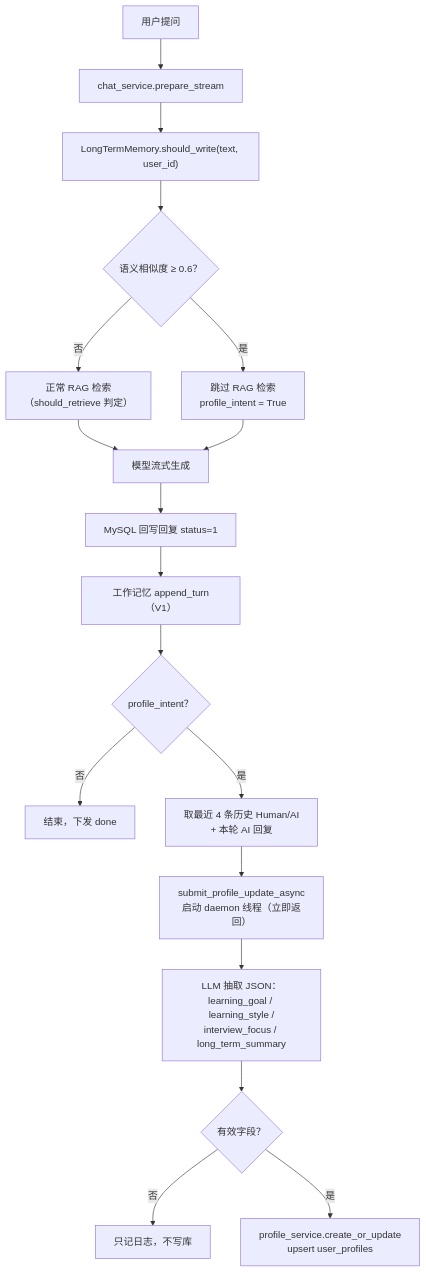
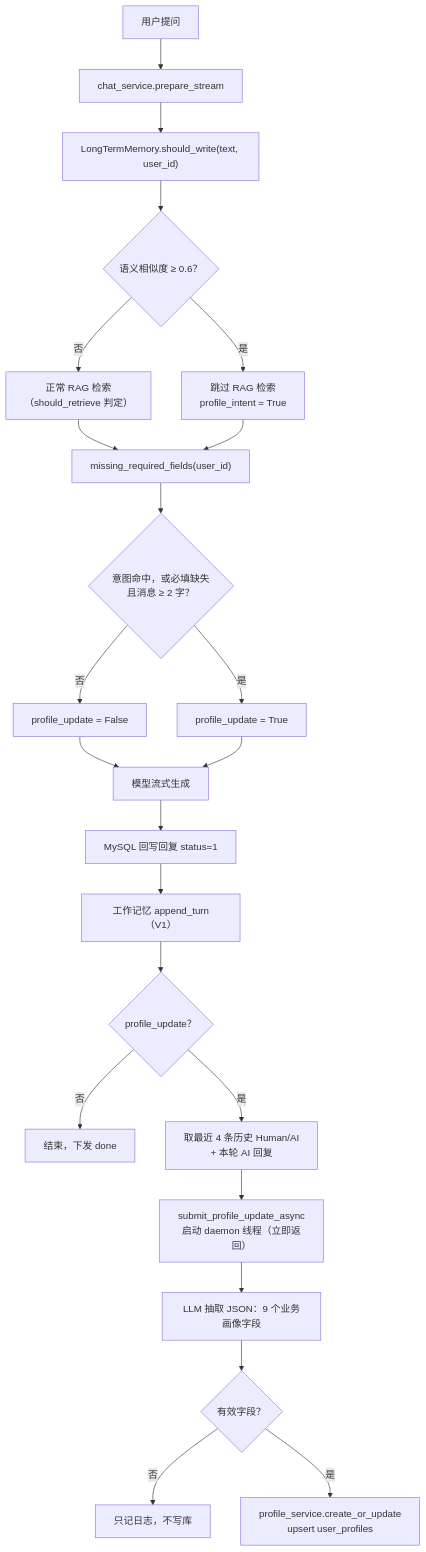
One commit to jiayinjiang-pistachio/study-pass-ai changed the second of 3 diagrams in agent-backend/docs/memory-system-v2.md. Above: the diagram before and after it, drawn with Mermaid. The commit also changed other lines of this file and 12 other files, not shown here.

````diff
--- a/agent-backend/docs/memory-system-v2.md
+++ b/agent-backend/docs/memory-system-v2.md
@@ -63,20 +67,25 @@
 ```mermaid
 flowchart TD
     A["用户提问"] --> B["chat_service.prepare_stream"]
     B --> C["LongTermMemory.should_write(text, user_id)"]
     C --> D{"语义相似度 ≥ 0.6？"}
     D -- 否 --> E["正常 RAG 检索<br/>（should_retrieve 判定）"]
     D -- 是 --> F["跳过 RAG 检索<br/>profile_intent = True"]
-    E --> G["模型流式生成"]
+    E --> G["missing_required_fields(user_id)"]
     F --> G
-    G --> H["MySQL 回写回复 status=1"]
-    H --> I["工作记忆 append_turn（V1）"]
-    I --> J{"profile_intent？"}
-    J -- 否 --> K["结束，下发 done"]
-    J -- 是 --> L["取最近 4 条历史 Human/AI<br/>+ 本轮 AI 回复"]
-    L --> M["submit_profile_update_async<br/>启动 daemon 线程（立即返回）"]
-    M --> N["LLM 抽取 JSON：<br/>learning_goal / learning_style /<br/>interview_focus / long_term_summary"]
-    N --> O{"有效字段？"}
-    O -- 否 --> P["只记日志，不写库"]
-    O -- 是 --> Q["profile_service.create_or_update<br/>upsert user_profiles"]
+    G --> G2{"意图命中，或必填缺失<br/>且消息 ≥ 2 字？"}
+    G2 -- 否 --> H["profile_update = False"]
+    G2 -- 是 --> I["profile_update = True"]
+    H --> J["模型流式生成"]
+    I --> J
+    J --> K["MySQL 回写回复 status=1"]
+    K --> L["工作记忆 append_turn（V1）"]
+    L --> M{"profile_update？"}
+    M -- 否 --> N["结束，下发 done"]
+    M -- 是 --> O["取最近 4 条历史 Human/AI<br/>+ 本轮 AI 回复"]
+    O --> P["submit_profile_update_async<br/>启动 daemon 线程（立即返回）"]
+    P --> Q["LLM 抽取 JSON：9 个业务画像字段"]
+    Q --> R{"有效字段？"}
+    R -- 否 --> S["只记日志，不写库"]
+    R -- 是 --> T["profile_service.create_or_update<br/>upsert user_profiles"]
 ```
````
